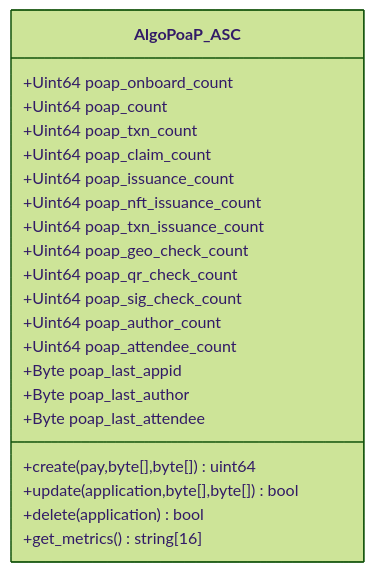
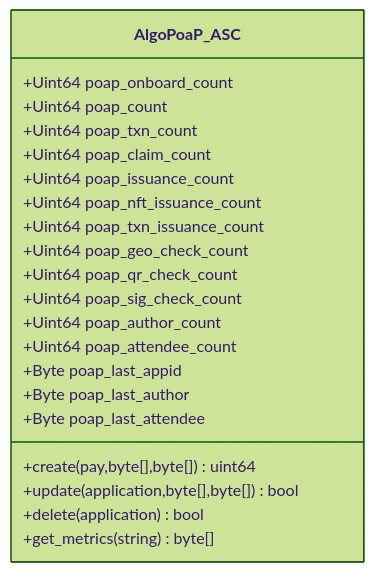
One commit to GoPlausible/.github changed the eighth of 10 diagrams in profile/README.md. Above: the diagram before and after it, drawn with Mermaid (forest theme). The commit also changed other lines of this file, not shown here.

````diff
--- a/profile/README.md
+++ b/profile/README.md
@@ -269,26 +269,26 @@
 ```mermaid
   classDiagram
     class AlgoPoaP_ASC
     AlgoPoaP_ASC : +Uint64 poap_onboard_count
     AlgoPoaP_ASC : +Uint64 poap_count
     AlgoPoaP_ASC : +Uint64 poap_txn_count
     AlgoPoaP_ASC : +Uint64 poap_claim_count
     AlgoPoaP_ASC : +Uint64 poap_issuance_count
     AlgoPoaP_ASC : +Uint64 poap_nft_issuance_count
     AlgoPoaP_ASC : +Uint64 poap_txn_issuance_count
 
     AlgoPoaP_ASC : +Uint64 poap_geo_check_count
     AlgoPoaP_ASC : +Uint64 poap_qr_check_count
     AlgoPoaP_ASC : +Uint64 poap_sig_check_count
 
     AlgoPoaP_ASC : +Uint64 poap_author_count
     AlgoPoaP_ASC : +Uint64 poap_attendee_count
     AlgoPoaP_ASC : +Byte poap_last_appid
     AlgoPoaP_ASC : +Byte poap_last_author
     AlgoPoaP_ASC : +Byte poap_last_attendee
     AlgoPoaP_ASC : +create(pay,byte[],byte[])uint64
     AlgoPoaP_ASC : +update(application,byte[],byte[])bool
     AlgoPoaP_ASC : +delete(application)bool
-    AlgoPoaP_ASC : +get_metrics()string[16]
+    AlgoPoaP_ASC : +get_metrics(string)byte[]
     
 ```
````
